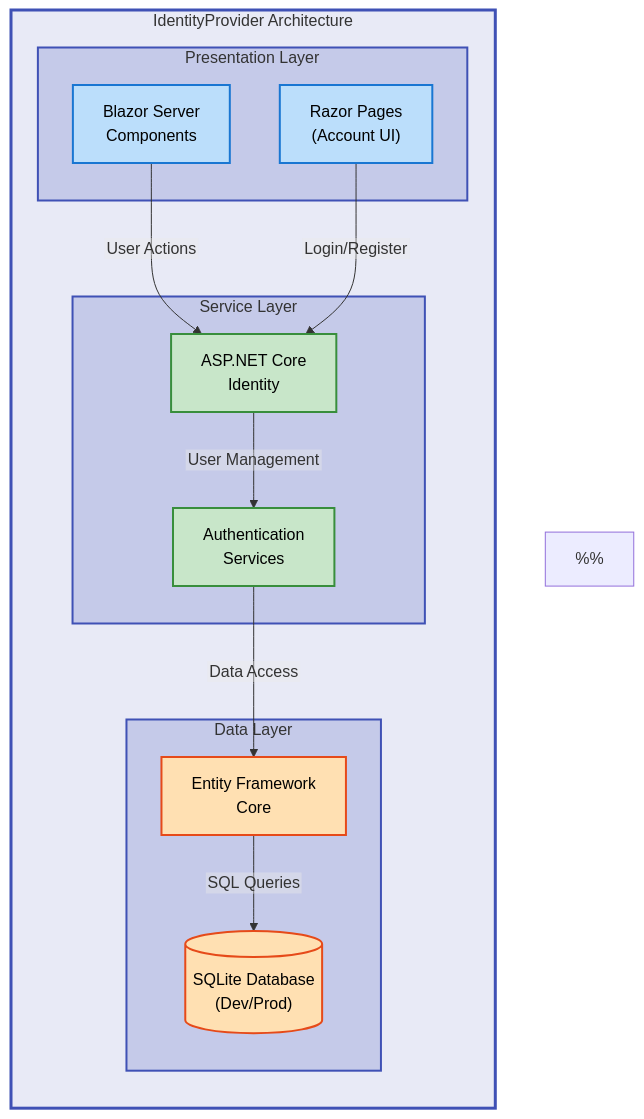
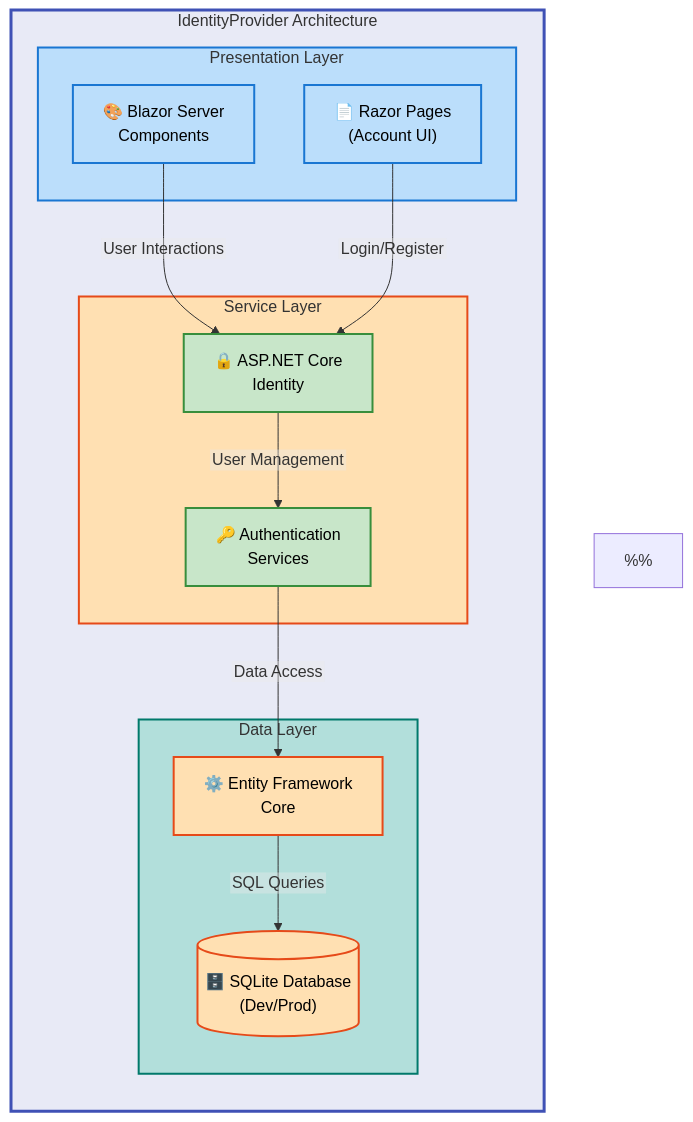
The diagram in README.md (Evilazaro/IdentityProvider), drawn with Mermaid before and after one commit.

Commit message:
Refine color scheme documentation in README.md for improved clarity and semantic representation of architecture layers

````diff
--- a/README.md
+++ b/README.md
@@ -45,22 +45,28 @@
     %% ============================================
 
     %% ============================================
-    %% COLOR SCHEME DOCUMENTATION
+    %% COLOR SCHEME DOCUMENTATION (v2.1)
     %% ============================================
-    %% Level 1 (Main Groups): Indigo 50 (#E8EAF6)
+    %% Level 1 (Main Container): Indigo 50 (#E8EAF6)
     %%   - Used for: Top-level system container
     %%   - Purpose: Visual separation and hierarchy
     %%   - Stroke: Indigo 500 (#3F51B5), 3px
     %%
-    %% Level 2 (Sub Groups): Indigo 100 (#C5CAE9)
-    %%   - Used for: Architecture layer groupings
-    %%   - Purpose: Distinguish presentation/service/data tiers
-    %%   - Stroke: Indigo 500 (#3F51B5), 2px
+    %% Level 2 (Functional Siblings): SEMANTIC COLORS
+    %%   - Presentation Layer → Blue (#BBDEFB)
+    %%     Purpose: UI/interface components
+    %%     Stroke: Blue 700 (#1976D2), 2px
+    %%   - Service Layer → Orange (#FFE0B2)
+    %%     Purpose: Security/authentication services
+    %%     Stroke: Orange 800 (#E64A19), 2px
+    %%   - Data Layer → Teal (#B2DFDB)
+    %%     Purpose: Storage/persistence components
+    %%     Stroke: Teal 700 (#00796B), 2px
     %%
-    %% Level 3 (Content): Material Design semantic colors
-    %%   - Blue (#BBDEFB): Presentation layer components
-    %%   - Green (#C8E6C9): Service layer components
-    %%   - Orange (#FFE0B2): Data layer components
+    %% Level 3 (Content Nodes): Inherit parent subgraph color class
+    %%   - Presentation nodes: mdBlue
+    %%   - Service nodes: mdGreen (legacy mapping)
+    %%   - Data nodes: mdOrange (legacy mapping)
     %%
     %% Accessibility: All colors meet WCAG AA contrast ratio
     %% requirements (4.5:1 minimum) against text (#000)
@@ -82,30 +88,33 @@
         direction TB
 
         subgraph presentation["Presentation Layer"]
-            blazor["Blazor Server<br/>Components"]:::mdBlue
-            razor["Razor Pages<br/>(Account UI)"]:::mdBlue
+            blazor["🎨 Blazor Server<br/>Components"]:::mdBlue
+            razor["📄 Razor Pages<br/>(Account UI)"]:::mdBlue
         end
 
         subgraph services["Service Layer"]
-            identity["ASP.NET Core<br/>Identity"]:::mdGreen
-            auth["Authentication<br/>Services"]:::mdGreen
+            identity["🔒 ASP.NET Core<br/>Identity"]:::mdGreen
+            auth["🔑 Authentication<br/>Services"]:::mdGreen
         end
 
         subgraph data["Data Layer"]
-            ef["Entity Framework<br/>Core"]:::mdOrange
-            db[("SQLite Database<br/>(Dev/Prod)")]:::mdOrange
+            ef["⚙️ Entity Framework<br/>Core"]:::mdOrange
+            db[("🗄️ SQLite Database<br/>(Dev/Prod)")]:::mdOrange
         end
 
-        blazor -->|"User Actions"| identity
+        blazor -->|"User Interactions"| identity
         razor -->|"Login/Register"| identity
         identity -->|"User Management"| auth
         auth -->|"Data Access"| ef
         ef -->|"SQL Queries"| db
     end
 
-    %% Apply hierarchical colors to subgraphs
+    %% Apply semantic colors to functional sibling subgraphs
+    %% Presentation = UI layer -> Blue (#BBDEFB)
+    %% Services = Security/Auth layer -> Orange (#FFE0B2)
+    %% Data = Storage layer -> Teal (#B2DFDB)
     style system fill:#E8EAF6,stroke:#3F51B5,stroke-width:3px
-    style presentation fill:#C5CAE9,stroke:#3F51B5,stroke-width:2px
-    style services fill:#C5CAE9,stroke:#3F51B5,stroke-width:2px
-    style data fill:#C5CAE9,stroke:#3F51B5,stroke-width:2px
+    style presentation fill:#BBDEFB,stroke:#1976D2,stroke-width:2px
+    style services fill:#FFE0B2,stroke:#E64A19,stroke-width:2px
+    style data fill:#B2DFDB,stroke:#00796B,stroke-width:2px
 ```
````
